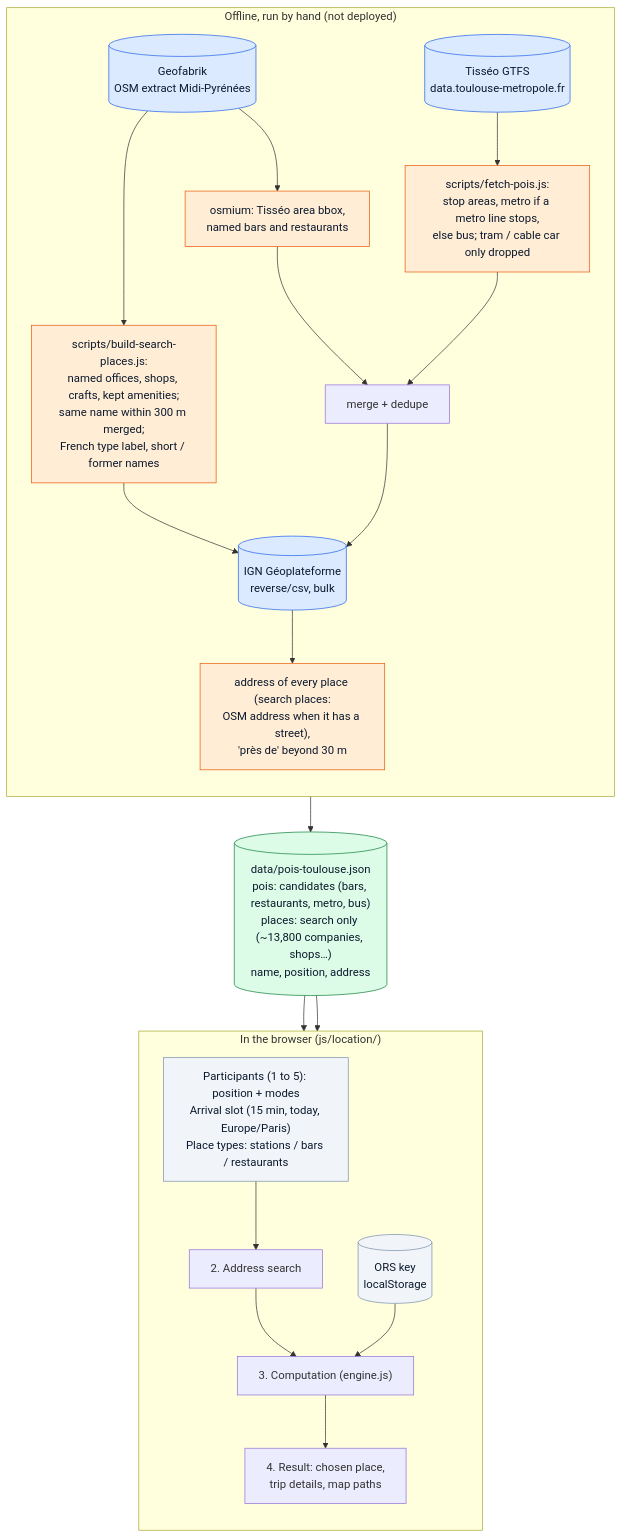
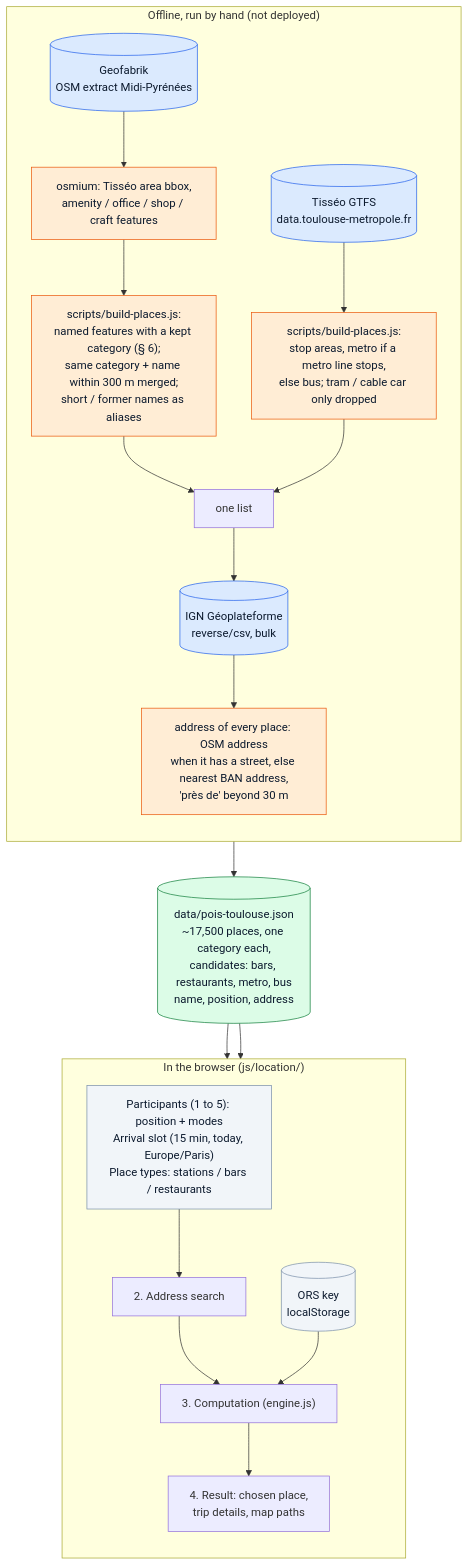
One commit to NicolasGresset/portfolio changed the first of 4 diagrams in docs/location-pipeline.md. Above: the diagram before and after it, drawn with Mermaid. The commit also changed other lines of this file and 7 other files, not shown here.

First line of the commit message:
Merge candidates and search places into one list with a category code

````diff
--- a/docs/location-pipeline.md
+++ b/docs/location-pipeline.md
@@ -19,41 +19,39 @@
 ```mermaid
 flowchart TB
     classDef api fill:#DBEAFE,stroke:#2563EB,color:#0C1A2E
     classDef local fill:#DCFCE7,stroke:#15803D,color:#0C1A2E
     classDef algo fill:#FFEDD5,stroke:#EA580C,color:#0C1A2E
     classDef user fill:#F1F5F9,stroke:#7A90AA,color:#0C1A2E
 
     subgraph OFFLINE["Offline, run by hand (not deployed)"]
         direction TB
         GEOFABRIK[("Geofabrik<br/>OSM extract Midi-Pyrénées")]:::api
-        OSMIUM["osmium: Tisséo area bbox,<br/>named bars and restaurants"]:::algo
-        OSMPLACES["scripts/build-search-places.js:<br/>named offices, shops, crafts, kept amenities;<br/>same name within 300 m merged;<br/>French type label, short / former names"]:::algo
+        OSMIUM["osmium: Tisséo area bbox,<br/>amenity / office / shop / craft features"]:::algo
+        OSMPLACES["scripts/build-places.js:<br/>named features with a kept category (§ 6);<br/>same category + name within 300 m merged;<br/>short / former names as aliases"]:::algo
         GTFS[("Tisséo GTFS<br/>data.toulouse-metropole.fr")]:::api
-        STOPS["scripts/fetch-pois.js:<br/>stop areas, metro if a metro line stops,<br/>else bus; tram / cable car only dropped"]:::algo
+        STOPS["scripts/build-places.js:<br/>stop areas, metro if a metro line stops,<br/>else bus; tram / cable car only dropped"]:::algo
         REVCSV[("IGN Géoplateforme<br/>reverse/csv, bulk")]:::api
-        ADDR["address of every place (search places:<br/>OSM address when it has a street),<br/>'près de' beyond 30 m"]:::algo
-        GEOFABRIK --> OSMIUM
-        GEOFABRIK --> OSMPLACES
-        OSMPLACES --> REVCSV
+        ADDR["address of every place: OSM address<br/>when it has a street, else nearest BAN address,<br/>'près de' beyond 30 m"]:::algo
+        GEOFABRIK --> OSMIUM --> OSMPLACES
         GTFS --> STOPS
-        OSMIUM --> MERGE["merge + dedupe"]
+        OSMPLACES --> MERGE["one list"]
         STOPS --> MERGE
         MERGE --> REVCSV --> ADDR
     end
 
-    ADDR --> DATA[("data/pois-toulouse.json<br/>pois: candidates (bars, restaurants, metro, bus)<br/>places: search only (~13,800 companies, shops…)<br/>name, position, address")]:::local
+    ADDR --> DATA[("data/pois-toulouse.json<br/>~17,500 places, one category each,<br/>candidates: bars, restaurants, metro, bus<br/>name, position, address")]:::local
 
     subgraph BROWSER["In the browser (js/location/)"]
         direction TB
         KEY[("ORS key<br/>localStorage")]:::user
         INPUT["Participants (1 to 5): position + modes<br/>Arrival slot (15 min, today, Europe/Paris)<br/>Place types: stations / bars / restaurants"]:::user
         SEARCH["2. Address search"]
         ENGINE["3. Computation (engine.js)"]
         RESULT["4. Result: chosen place,<br/>trip details, map paths"]
         INPUT --> SEARCH --> ENGINE --> RESULT
         KEY --> ENGINE
     end
 
     DATA --> SEARCH
     DATA --> ENGINE
 ```
````
